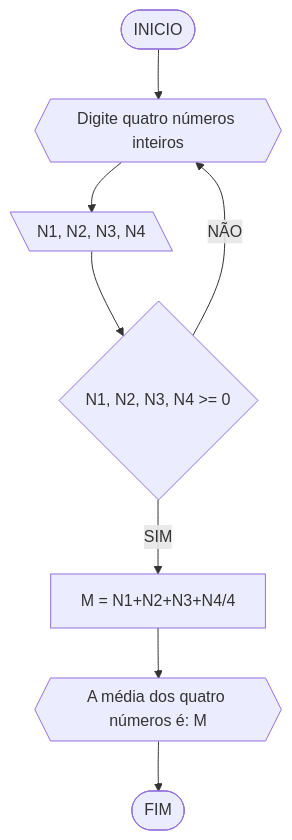
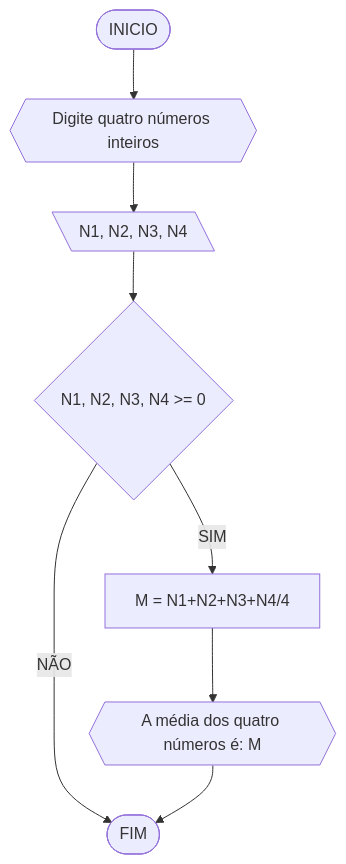
One commit to ikarochaves/UNIFOR changed the first of 2 diagrams in RLA/lista_exercicios2.md. Above: the diagram before and after it, drawn with Mermaid. The commit also changed other lines of this file, not shown here.

````diff
--- a/RLA/lista_exercicios2.md
+++ b/RLA/lista_exercicios2.md
@@ -10,10 +10,10 @@
 ```mermaid
 flowchart TD
 A([INICIO]) --> B{{Digite quatro números inteiros}}
 B --> C[\N1, N2, N3, N4\]
 C --> D{N1, N2, N3, N4 >= 0}
-D --NÃO--> B
+D --NÃO--> G
 D --SIM--> E[M = N1+N2+N3+N4/4]
 E --> F{{A média dos quatro números é: M}}
 F --> G([FIM])
 ```
````
